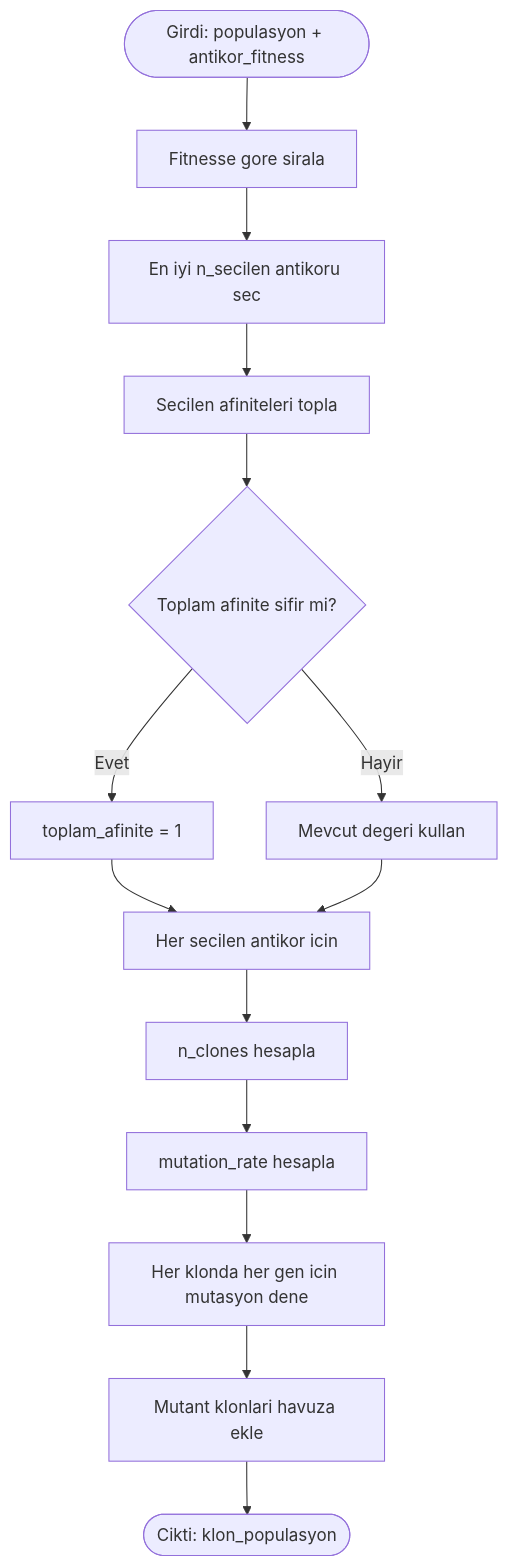
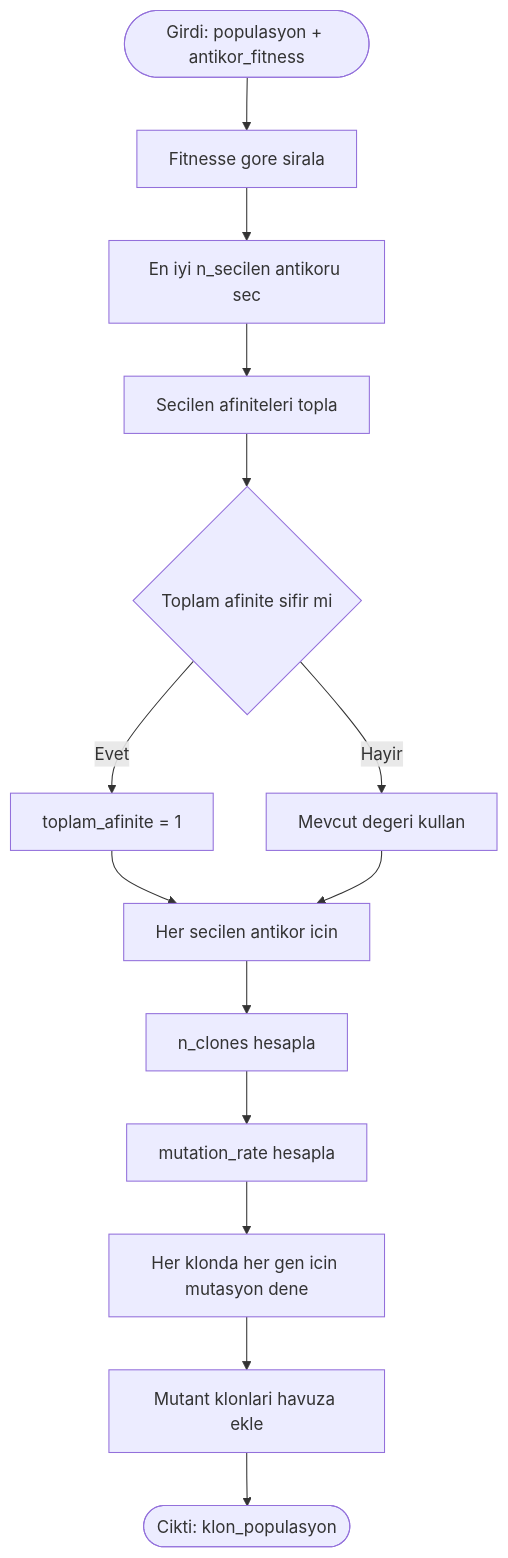
The third of 4 diagrams in akis_semasi.md (RamazanKaratut/Opt_Alg_2_Clonalg), drawn with Mermaid before and after one commit. The commit also changed other lines of this file and 1 other file, not shown here.

````diff
--- a/akis_semasi.md
+++ b/akis_semasi.md
@@ -58,16 +58,16 @@
 ```mermaid
 flowchart TD
     A([Girdi: populasyon + antikor_fitness]) --> B[Fitnesse gore sirala]
     B --> C[En iyi n_secilen antikoru sec]
     C --> D[Secilen afiniteleri topla]
-    D --> E{Toplam afinite sifir mi?}
+    D --> E{Toplam afinite sifir mi}
     E -- Evet --> F[toplam_afinite = 1]
     E -- Hayir --> G[Mevcut degeri kullan]
     F --> H[Her secilen antikor icin]
     G --> H
     H --> I[n_clones hesapla]
     I --> J[mutation_rate hesapla]
     J --> K[Her klonda her gen icin mutasyon dene]
     K --> L[Mutant klonlari havuza ekle]
     L --> M([Cikti: klon_populasyon])
 ```
````
